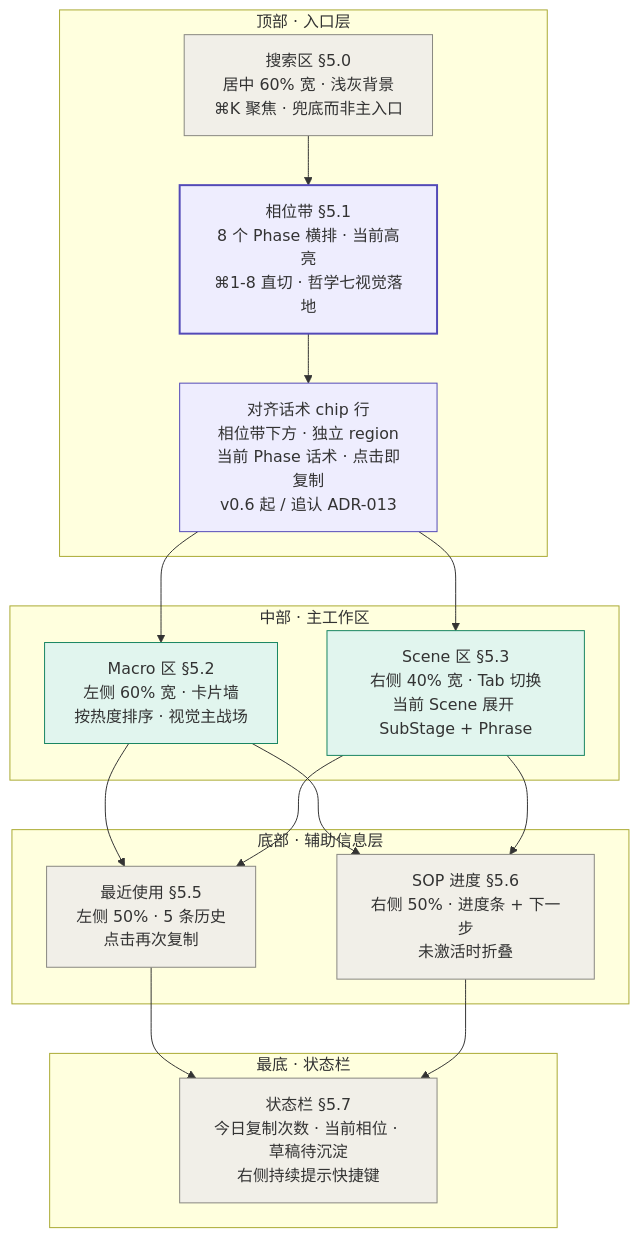
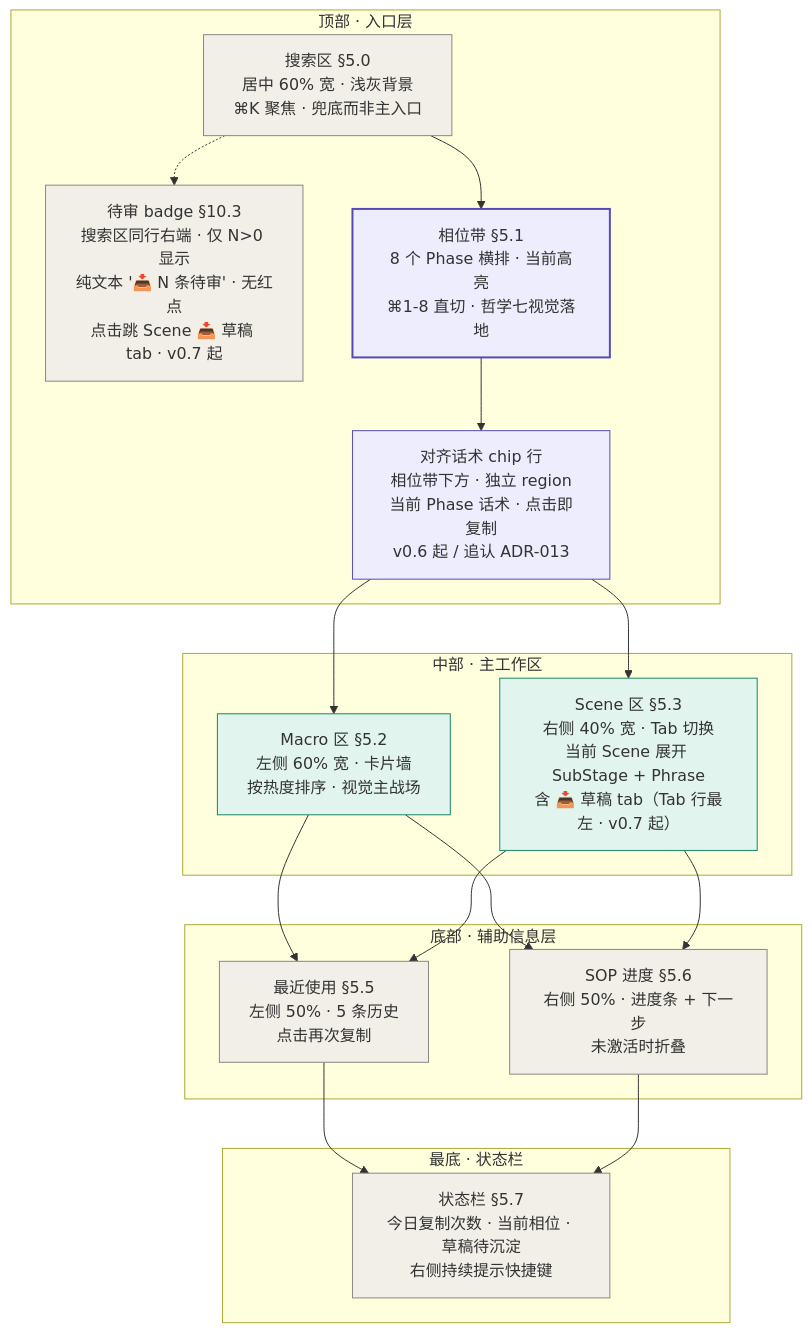
The fourth of 4 diagrams in docs/design/03-product-spec.md (HuiW86/prompt-hub), drawn with Mermaid before and after one commit. The commit also changed other lines of this file and 2 other files, not shown here.

````diff
--- a/docs/design/03-product-spec.md
+++ b/docs/design/03-product-spec.md
@@ -565,42 +566,45 @@
 ```mermaid
 graph TD
     subgraph 顶部["顶部 · 入口层"]
         S["搜索区 §5.0<br/>居中 60% 宽 · 浅灰背景<br/>⌘K 聚焦 · 兜底而非主入口"]
+        BADGE["待审 badge §10.3<br/>搜索区同行右端 · 仅 N>0 显示<br/>纯文本 '📥 N 条待审' · 无红点<br/>点击跳 Scene 📥 草稿 tab · v0.7 起"]
         P["相位带 §5.1<br/>8 个 Phase 横排 · 当前高亮<br/>⌘1-8 直切 · 哲学七视觉落地"]
         AP["对齐话术 chip 行<br/>相位带下方 · 独立 region<br/>当前 Phase 话术 · 点击即复制<br/>v0.6 起 / 追认 ADR-013"]
     end
 
     subgraph 中部["中部 · 主工作区"]
         M["Macro 区 §5.2<br/>左侧 60% 宽 · 卡片墙<br/>按热度排序 · 视觉主战场"]
-        SC["Scene 区 §5.3<br/>右侧 40% 宽 · Tab 切换<br/>当前 Scene 展开 SubStage + Phrase"]
+        SC["Scene 区 §5.3<br/>右侧 40% 宽 · Tab 切换<br/>当前 Scene 展开 SubStage + Phrase<br/>含 📥 草稿 tab（Tab 行最左 · v0.7 起）"]
     end
 
     subgraph 底部["底部 · 辅助信息层"]
         R["最近使用 §5.5<br/>左侧 50% · 5 条历史<br/>点击再次复制"]
         SOP["SOP 进度 §5.6<br/>右侧 50% · 进度条 + 下一步<br/>未激活时折叠"]
     end
 
     subgraph 最底["最底 · 状态栏"]
         ST["状态栏 §5.7<br/>今日复制次数 · 当前相位 · 草稿待沉淀<br/>右侧持续提示快捷键"]
     end
 
+    S -.-> BADGE
     S --> P
     P --> AP
     AP --> M
     AP --> SC
     M --> R
     SC --> R
     M --> SOP
     SC --> SOP
     R --> ST
     SOP --> ST
 
     style S fill:#F1EFE8,stroke:#888780,stroke-width:1px
+    style BADGE fill:#F1EFE8,stroke:#888780,stroke-width:1px
     style P fill:#EEEDFE,stroke:#534AB7,stroke-width:2px
     style AP fill:#EEEDFE,stroke:#534AB7,stroke-width:1px
     style M fill:#E1F5EE,stroke:#178561,stroke-width:1px
     style SC fill:#E1F5EE,stroke:#178561,stroke-width:1px
     style R fill:#F1EFE8,stroke:#888780,stroke-width:1px
     style SOP fill:#F1EFE8,stroke:#888780,stroke-width:1px
     style ST fill:#F1EFE8,stroke:#888780,stroke-width:1px
 ```
````
